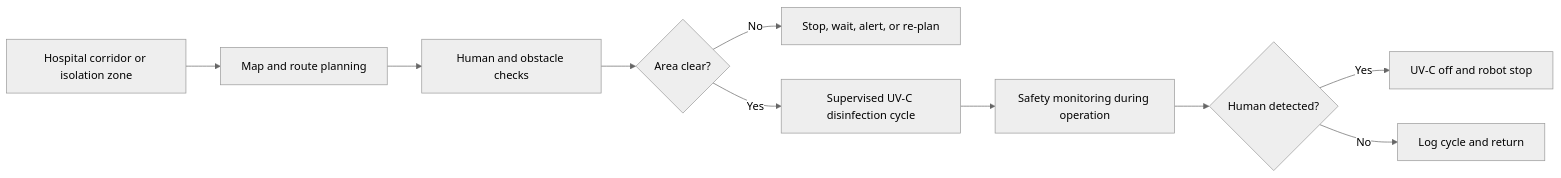
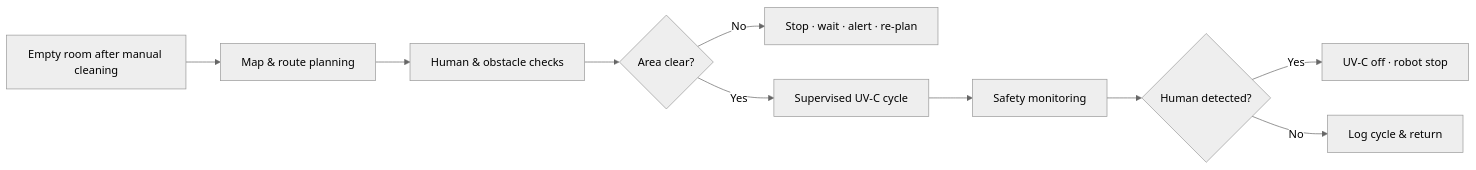
One commit to supersonic654e-byte/Ultron-UV- changed the third of 3 diagrams in README.md. Above: the diagram before and after it, drawn with Mermaid (neutral theme). The commit also changed other lines of this file and 15 other files, not shown here.

````diff
--- a/README.md
+++ b/README.md
@@ -74,12 +171,12 @@
 ```mermaid
 flowchart LR
-    A[Hospital corridor or isolation zone] --> B[Map and route planning]
-    B --> C[Human and obstacle checks]
+    A[Empty room after manual cleaning] --> B[Map & route planning]
+    B --> C[Human & obstacle checks]
     C --> D{Area clear?}
-    D -- No --> E[Stop, wait, alert, or re-plan]
-    D -- Yes --> F[Supervised UV-C disinfection cycle]
-    F --> G[Safety monitoring during operation]
+    D -- No --> E[Stop · wait · alert · re-plan]
+    D -- Yes --> F[Supervised UV-C cycle]
+    F --> G[Safety monitoring]
     G --> H{Human detected?}
-    H -- Yes --> I[UV-C off and robot stop]
-    H -- No --> J[Log cycle and return]
+    H -- Yes --> I[UV-C off · robot stop]
+    H -- No --> J[Log cycle & return]
 ```
````
